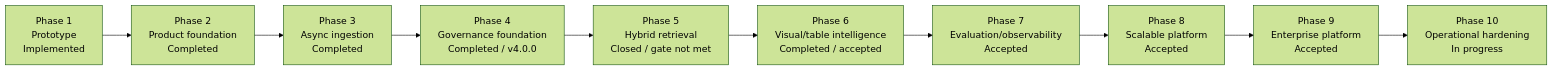
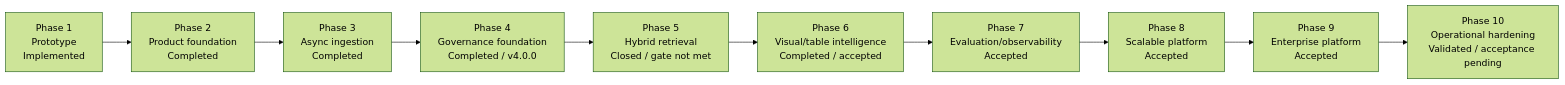
Before and after one commit to mvyas412/ai-projects: the second of 12 diagrams in mm-rag-full-stack-genai-bootcamp-3.0/docs/architecture/ARCHITECTURE.md, drawn with Mermaid (forest theme). The commit also changed other lines of this file and 5 other files, not shown here.

````diff
--- a/mm-rag-full-stack-genai-bootcamp-3.0/docs/architecture/ARCHITECTURE.md
+++ b/mm-rag-full-stack-genai-bootcamp-3.0/docs/architecture/ARCHITECTURE.md
@@ -186,13 +186,13 @@
 ```mermaid
 flowchart LR
     p1["Phase 1<br/>Prototype<br/>Implemented"] -->
     p2["Phase 2<br/>Product foundation<br/>Completed"] -->
     p3["Phase 3<br/>Async ingestion<br/>Completed"] -->
     p4["Phase 4<br/>Governance foundation<br/>Completed / v4.0.0"] -->
     p5["Phase 5<br/>Hybrid retrieval<br/>Closed / gate not met"] -->
     p6["Phase 6<br/>Visual/table intelligence<br/>Completed / accepted"] -->
     p7["Phase 7<br/>Evaluation/observability<br/>Accepted"] -->
     p8["Phase 8<br/>Scalable platform<br/>Accepted"] -->
     p9["Phase 9<br/>Enterprise platform<br/>Accepted"] -->
-    p10["Phase 10<br/>Operational hardening<br/>In progress"]
+    p10["Phase 10<br/>Operational hardening<br/>Validated / acceptance pending"]
 ```
````
